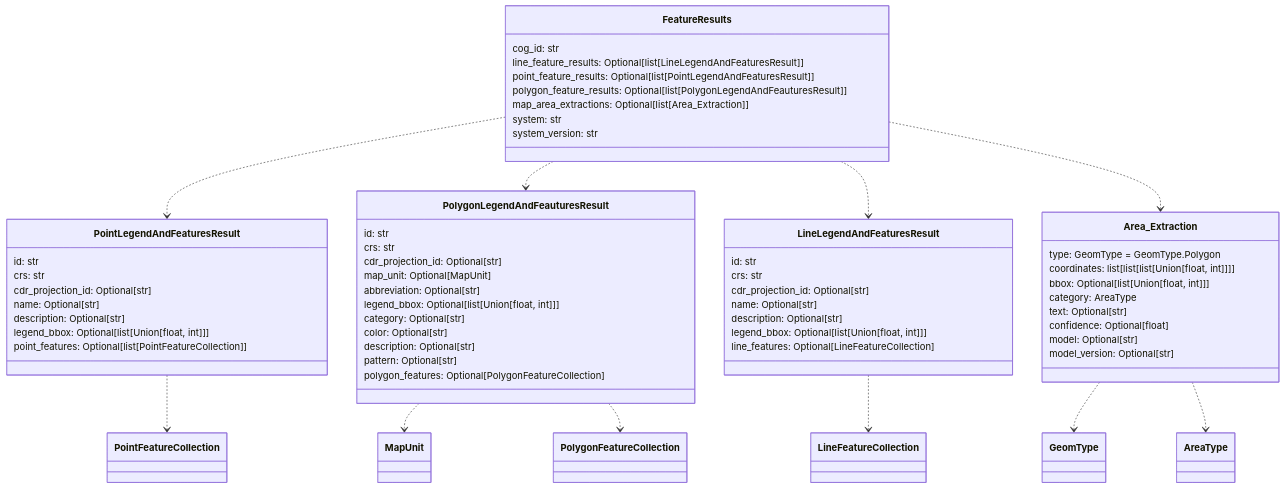
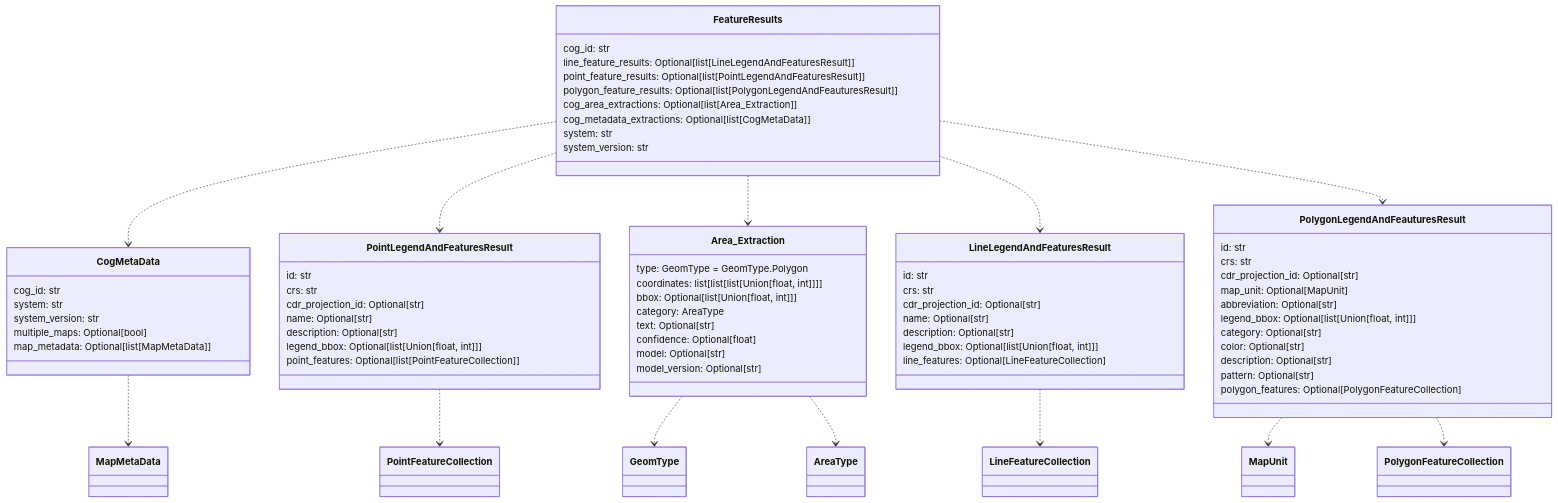
The third of 7 diagrams in README.md (UW-xDD/cdr_schemas), drawn with Mermaid before and after one commit. The commit also changed other lines of this file and 2 other files, not shown here.

Commit message:
added metadata (#18)

````diff
--- a/README.md
+++ b/README.md
@@ -188,71 +188,82 @@
 ```mermaid
 classDiagram
+
+    class CogMetaData {
+        cog_id: str
+        system: str
+        system_version: str
+        multiple_maps: Optional[bool]
+        map_metadata: Optional[list[MapMetaData]]
+    }
+
+    class FeatureResults {
+        cog_id: str
+        line_feature_results: Optional[list[LineLegendAndFeaturesResult]]
+        point_feature_results: Optional[list[PointLegendAndFeaturesResult]]
+        polygon_feature_results: Optional[list[PolygonLegendAndFeauturesResult]]
+        cog_area_extractions: Optional[list[Area_Extraction]]
+        cog_metadata_extractions: Optional[list[CogMetaData]]
+        system: str
+        system_version: str
+    }
 
     class PointLegendAndFeaturesResult {
         id: str
         crs: str
         cdr_projection_id: Optional[str]
         name: Optional[str]
         description: Optional[str]
         legend_bbox: Optional[list[Union[float, int]]]
         point_features: Optional[list[PointFeatureCollection]]
-    }
-
-    class LineLegendAndFeaturesResult {
-        id: str
-        crs: str
-        cdr_projection_id: Optional[str]
-        name: Optional[str]
-        description: Optional[str]
-        legend_bbox: Optional[list[Union[float, int]]]
-        line_features: Optional[LineFeatureCollection]
     }
 
     class Area_Extraction {
         type: GeomType = GeomType.Polygon
         coordinates: list[list[list[Union[float, int]]]]
         bbox: Optional[list[Union[float, int]]]
         category: AreaType
         text: Optional[str]
         confidence: Optional[float]
         model: Optional[str]
         model_version: Optional[str]
     }
 
-    class FeatureResults {
-        cog_id: str
-        line_feature_results: Optional[list[LineLegendAndFeaturesResult]]
-        point_feature_results: Optional[list[PointLegendAndFeaturesResult]]
-        polygon_feature_results: Optional[list[PolygonLegendAndFeauturesResult]]
-        map_area_extractions: Optional[list[Area_Extraction]]
-        system: str
-        system_version: str
+    class LineLegendAndFeaturesResult {
+        id: str
+        crs: str
+        cdr_projection_id: Optional[str]
+        name: Optional[str]
+        description: Optional[str]
+        legend_bbox: Optional[list[Union[float, int]]]
+        line_features: Optional[LineFeatureCollection]
     }
 
     class PolygonLegendAndFeauturesResult {
         id: str
         crs: str
         cdr_projection_id: Optional[str]
         map_unit: Optional[MapUnit]
         abbreviation: Optional[str]
         legend_bbox: Optional[list[Union[float, int]]]
         category: Optional[str]
         color: Optional[str]
         description: Optional[str]
         pattern: Optional[str]
         polygon_features: Optional[PolygonFeatureCollection]
     }
 
     Area_Extraction ..> GeomType
     Area_Extraction ..> AreaType
     LineLegendAndFeaturesResult ..> LineFeatureCollection
     PointLegendAndFeaturesResult ..> PointFeatureCollection
     PolygonLegendAndFeauturesResult ..> MapUnit
     PolygonLegendAndFeauturesResult ..> PolygonFeatureCollection
+    CogMetaData ..> MapMetaData
+    FeatureResults ..> CogMetaData
     FeatureResults ..> PointLegendAndFeaturesResult
+    FeatureResults ..> Area_Extraction
+    FeatureResults ..> LineLegendAndFeaturesResult
     FeatureResults ..> PolygonLegendAndFeauturesResult
-    FeatureResults ..> LineLegendAndFeaturesResult
-    FeatureResults ..> Area_Extraction
 
 
 ```
````
